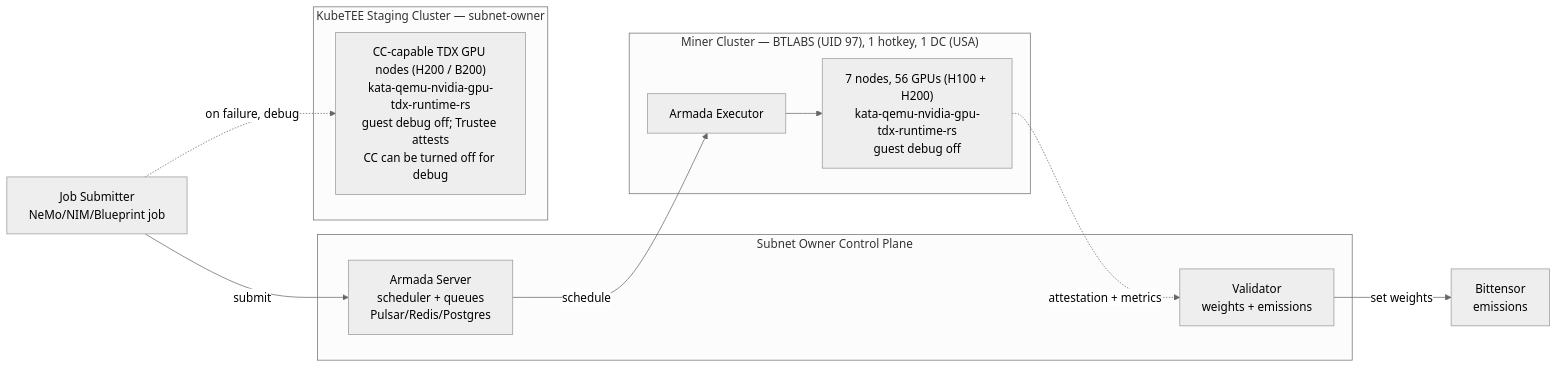
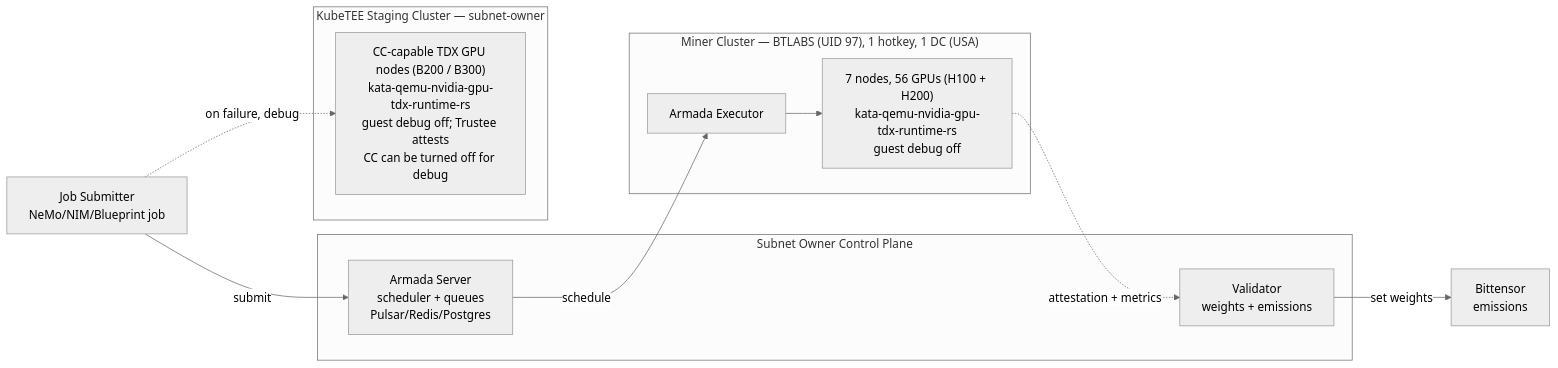
Before and after one commit to KubeTEE-AI/kubetee-subnet: the second of 3 diagrams in README.md, drawn with Mermaid (neutral theme). The commit also changed other lines of this file and 4 other files, not shown here.

````diff
--- a/README.md
+++ b/README.md
@@ -298,20 +298,20 @@
 ```mermaid
 flowchart LR
     subgraph owner["Subnet Owner Control Plane"]
         Validator["Validator\nweights + emissions"]
         ArmadaServer["Armada Server\nscheduler + queues\nPulsar/Redis/Postgres"]
     end
     subgraph staging["KubeTEE Staging Cluster — subnet-owner"]
-        NodeTEE["CC-capable TDX GPU nodes (H200 / B200)<br/>kata-qemu-nvidia-gpu-tdx-runtime-rs<br/>guest debug off; Trustee attests<br/>CC can be turned off for debug"]
+        NodeTEE["CC-capable TDX GPU nodes (B200 / B300)<br/>kata-qemu-nvidia-gpu-tdx-runtime-rs<br/>guest debug off; Trustee attests<br/>CC can be turned off for debug"]
     end
     subgraph clusterA["Miner Cluster — BTLABS (UID 97), 1 hotkey, 1 DC (USA)"]
         ExecA["Armada Executor"]
         NodeA["7 nodes, 56 GPUs (H100 + H200)\nkata-qemu-nvidia-gpu-tdx-runtime-rs\nguest debug off"]
     end
     Client["Job Submitter\nNeMo/NIM/Blueprint job"] -->|submit| ArmadaServer
     Client -.->|"on failure, debug"| NodeTEE
     ArmadaServer -->|schedule| ExecA
     ExecA --> NodeA
     NodeA -.->|attestation + metrics| Validator
     Validator -->|set weights| Chain["Bittensor\nemissions"]
 ```
````
